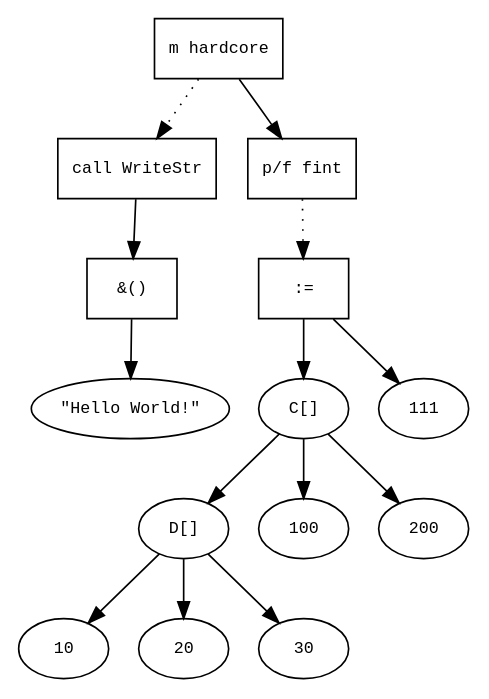
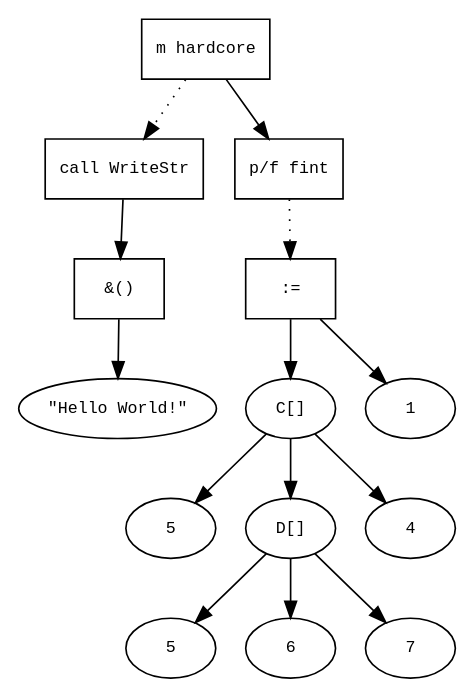
Before and after one commit to Kedia94/Compiler_2016sp: the diagram in 4.Intermediate.Code.Generation/snuplc/xxx/mytest.mod.ast.dot, drawn with Graphviz. The commit also changed 10 other files, not shown here.

```diff
--- a/4.Intermediate.Code.Generation/snuplc/xxx/mytest.mod.ast.dot
+++ b/4.Intermediate.Code.Generation/snuplc/xxx/mytest.mod.ast.dot
@@ -1,33 +1,33 @@
 digraph AST {
   graph [fontname="Times New Roman",fontsize=10];
   node  [fontname="Courier New",fontsize=10];
   edge  [fontname="Times New Roman",fontsize=10];
 
   node0 [label="m hardcore",shape=box];
   node31 [label="call WriteStr",shape=box];
   node33 [label="&()",shape=box];
   node32 [label="\"Hello World!\"",shape=ellipse];
   node33->node32;
   node31->node33;
   node0 -> node31 [style=dotted];
   node13 [label="p/f fint",shape=box];
   node30 [label=":=",shape=box];
   node22 [label="C[]",shape=ellipse];
-  node23 [label="D[]",shape=ellipse];
-  node24 [label="10",shape=ellipse];
-  node23-> node24;
-  node25 [label="20",shape=ellipse];
-  node23-> node25;
-  node26 [label="30",shape=ellipse];
-  node23-> node26;
+  node23 [label="5",shape=ellipse];
   node22-> node23;
-  node27 [label="100",shape=ellipse];
-  node22-> node27;
-  node28 [label="200",shape=ellipse];
+  node24 [label="D[]",shape=ellipse];
+  node25 [label="5",shape=ellipse];
+  node24-> node25;
+  node26 [label="6",shape=ellipse];
+  node24-> node26;
+  node27 [label="7",shape=ellipse];
+  node24-> node27;
+  node22-> node24;
+  node28 [label="4",shape=ellipse];
   node22-> node28;
   node30->node22;
-  node29 [label="111",shape=ellipse];
+  node29 [label="1",shape=ellipse];
   node30->node29;
   node13 -> node30 [style=dotted];
   node0 -> node13;
 }
```
